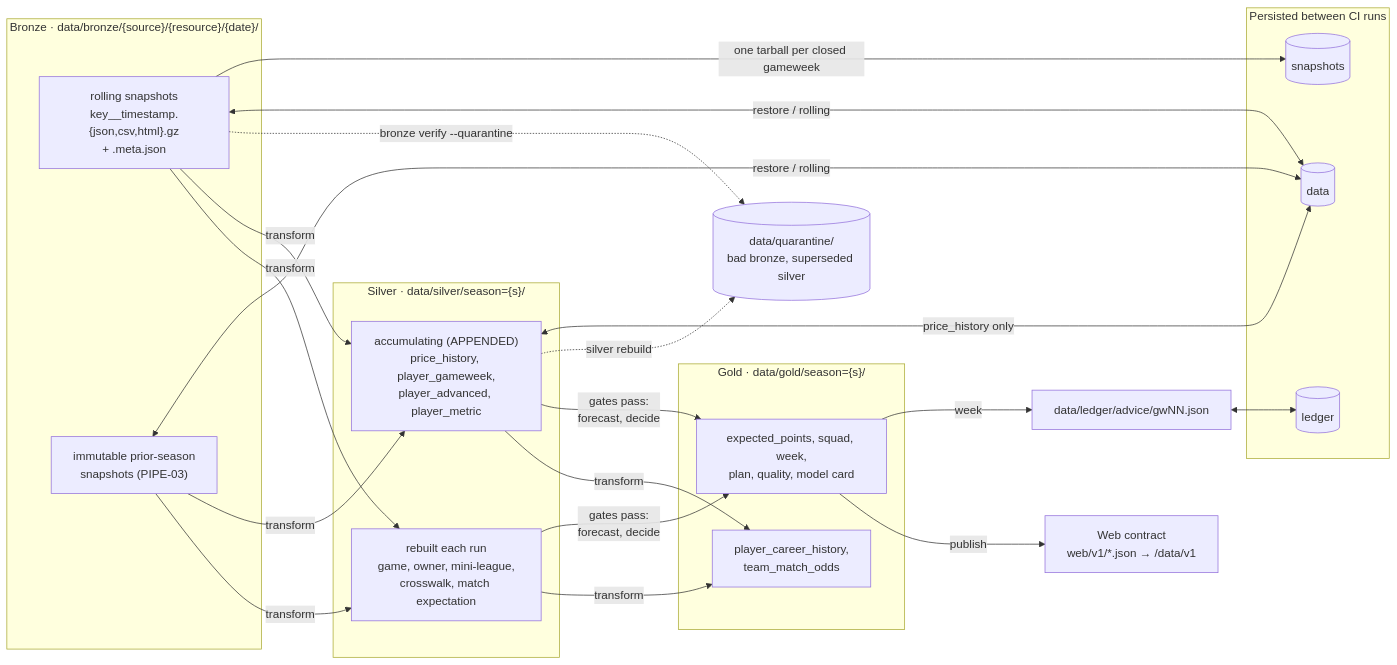
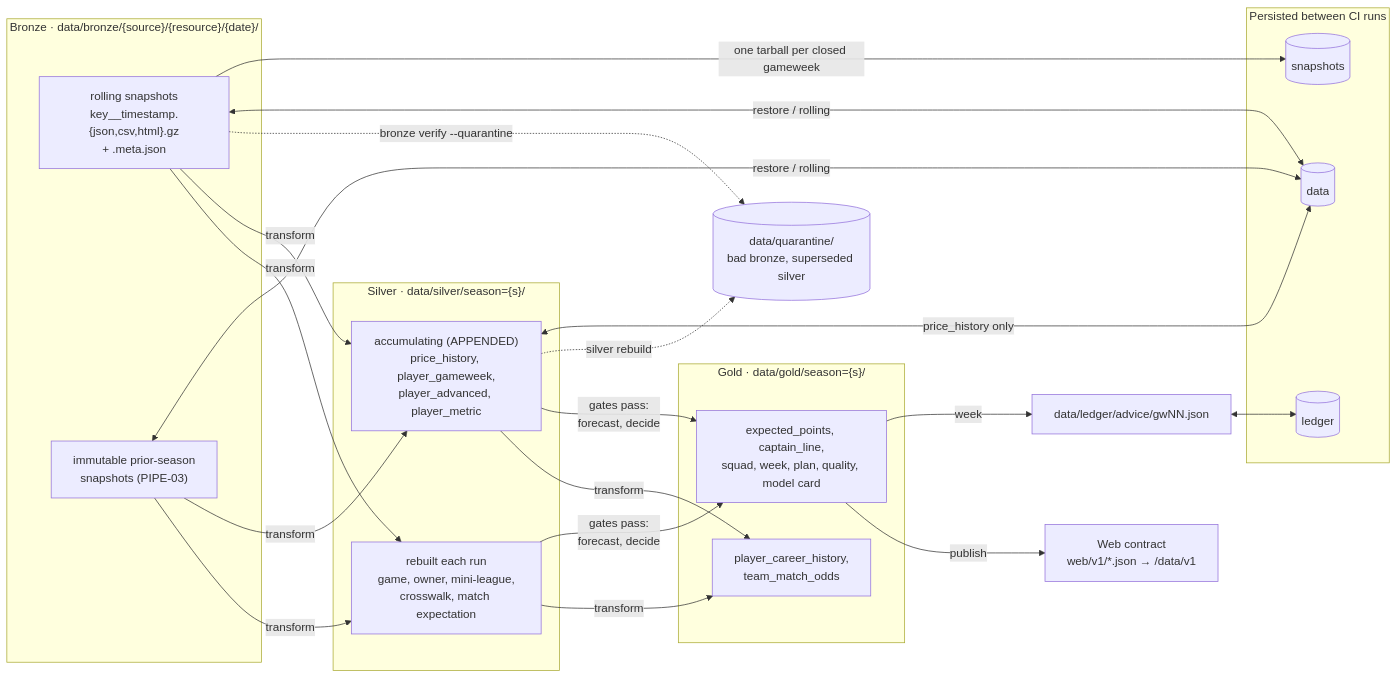
The fourth of 5 diagrams in docs/planning/03-solution-architecture.md (talonegg/fpl_dof2), drawn with Mermaid before and after one commit. The commit also changed other lines of this file and 29 other files, not shown here.

````diff
--- a/docs/planning/03-solution-architecture.md
+++ b/docs/planning/03-solution-architecture.md
@@ -282,39 +282,39 @@
 ```mermaid
 flowchart LR
     subgraph bronze["Bronze · data/bronze/{source}/{resource}/{date}/"]
         BR["rolling snapshots<br/>key__timestamp.{json,csv,html}.gz<br/>+ .meta.json"]
         BI["immutable prior-season<br/>snapshots (PIPE-03)"]
     end
 
     subgraph silver["Silver · data/silver/season={s}/"]
         SR["rebuilt each run<br/>game, owner, mini-league,<br/>crosswalk, match expectation"]
         SA["accumulating (APPENDED)<br/>price_history, player_gameweek,<br/>player_advanced, player_metric"]
     end
 
     subgraph gold["Gold · data/gold/season={s}/"]
         GD["player_career_history,<br/>team_match_odds"]
-        GR["expected_points, squad, week,<br/>plan, quality, model card"]
+        GR["expected_points, captain_line,<br/>squad, week, plan, quality, model card"]
     end
 
     WEB["Web contract<br/>web/v1/*.json → /data/v1"]
     LEDG["data/ledger/advice/gwNN.json"]
     QUA[("data/quarantine/<br/>bad bronze, superseded silver")]
 
     subgraph branches["Persisted between CI runs"]
         DATA[("data")]
         SNAP[("snapshots")]
         LEDB[("ledger")]
     end
 
     BR & BI -->|"transform"| SR & SA
     SR & SA -->|"transform"| GD
     SR & SA -->|"gates pass:<br/>forecast, decide"| GR
     GR -->|"publish"| WEB
     GR -->|"week"| LEDG
     BR -.->|"bronze verify --quarantine"| QUA
     SA -.->|"silver rebuild"| QUA
     BR & BI <-->|"restore / rolling"| DATA
     SA <-->|"price_history only"| DATA
     BR -->|"one tarball per closed gameweek"| SNAP
     LEDG <--> LEDB
 ```
````
